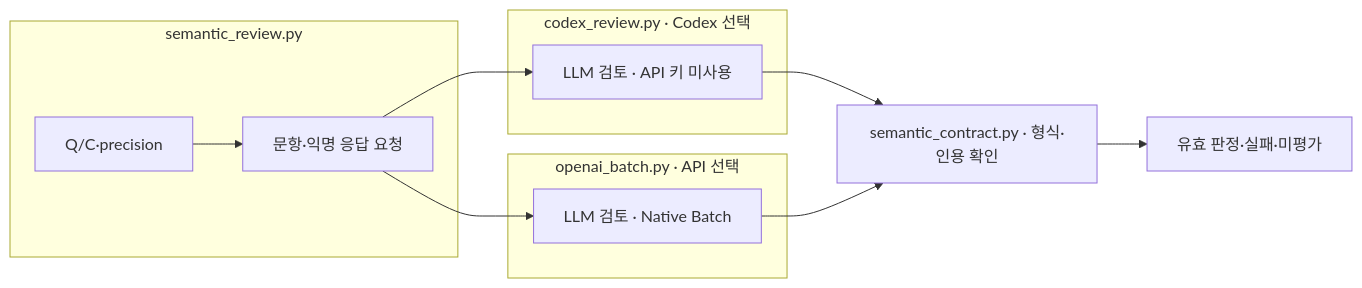
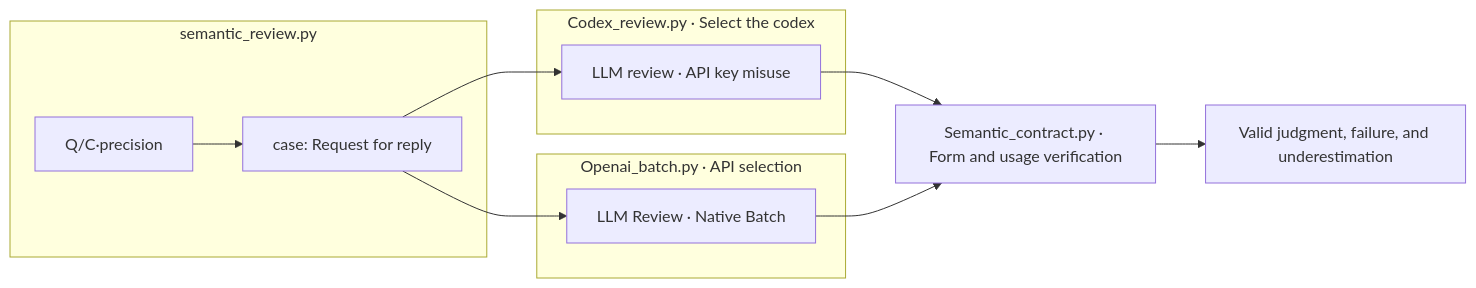
One commit to pnu-clink/finject changed the diagram in src/finarch/experiments/templates/ordered-analysis-readme.md. Above: the diagram before and after it, drawn with Mermaid. The commit also changed other lines of this file and 644 other files, not shown here.

````diff
--- a/src/finarch/experiments/templates/ordered-analysis-readme.md
+++ b/src/finarch/experiments/templates/ordered-analysis-readme.md
@@ -27,15 +27,15 @@
 ```mermaid
 flowchart LR
  subgraph prepare["semantic_review.py"]
-  I["Q/C·precision"] --> M["문항·익명 응답 요청"]
+  I["Q/C·precision"] --> M["case: Request for reply"]
  end
- subgraph codex["codex_review.py · Codex 선택"]
-  M --> C["LLM 검토 · API 키 미사용"]
+ subgraph codex["Codex_review.py · Select the codex"]
+  M --> C["LLM review · API key misuse"]
  end
- subgraph api["openai_batch.py · API 선택"]
-  M --> B["LLM 검토 · Native Batch"]
+ subgraph api["Openai_batch.py · API selection"]
+  M --> B["LLM Review · Native Batch"]
  end
- C --> V["semantic_contract.py · 형식·인용 확인"]
+ C --> V["Semantic_contract.py · Form and usage verification"]
  B --> V
- V --> O["유효 판정·실패·미평가"]
+ V --> O["Valid judgment, failure, and underestimation"]
 ```
````
